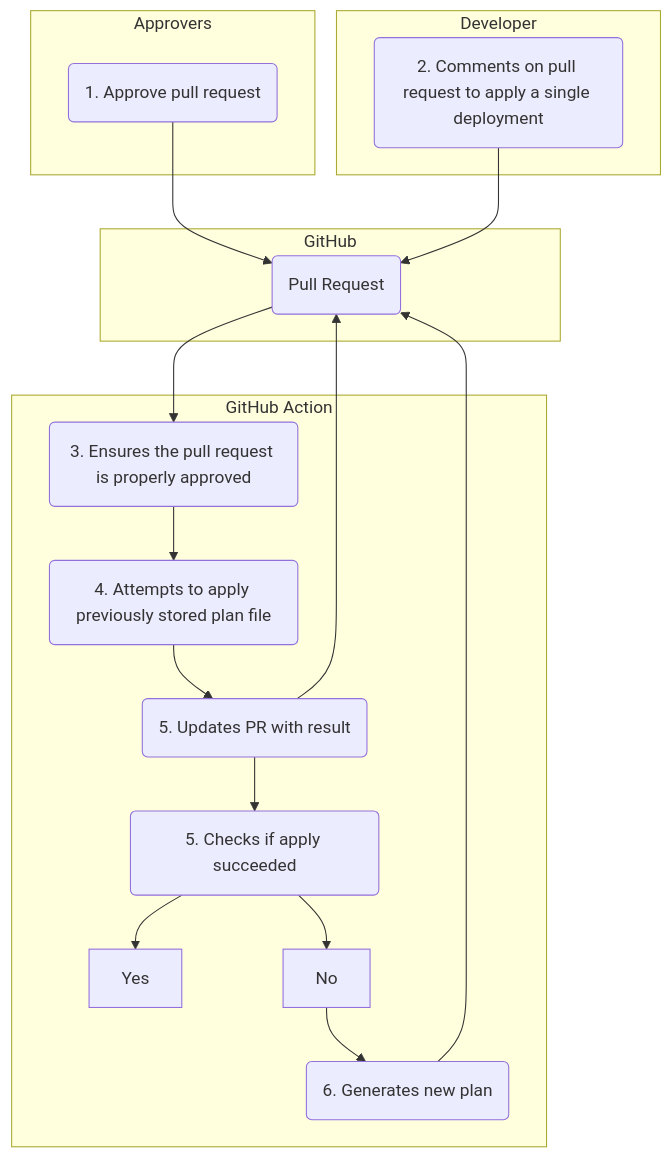
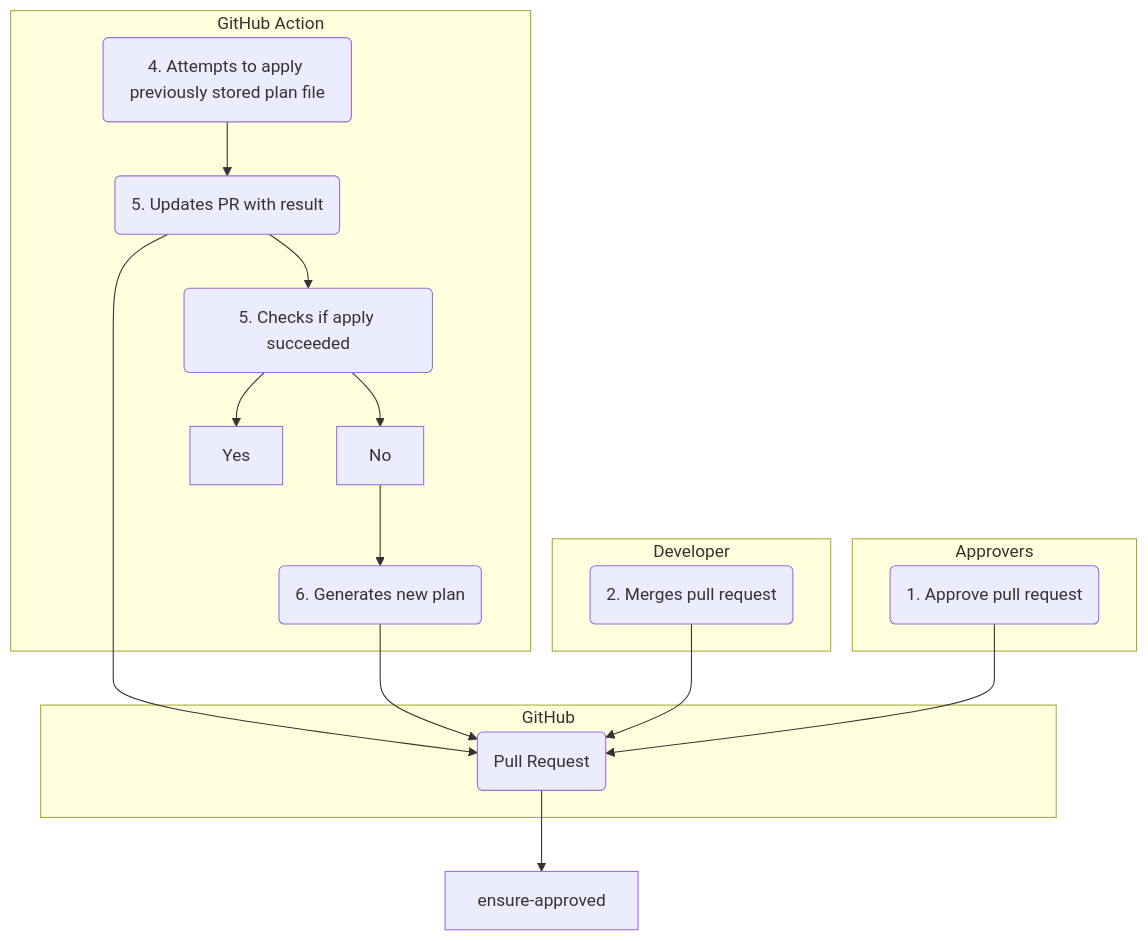
The second of 2 diagrams in README.md (yardbirdsax/action-terragrunt), drawn with Mermaid before and after one commit. The commit also changed other lines of this file and 3 other files, not shown here.

````diff
--- a/README.md
+++ b/README.md
@@ -61,24 +52,23 @@
 ```mermaid
 flowchart TD
   subgraph GitHub
     pr(Pull Request)
   end
   subgraph Approvers
     approve-pr(1. Approve pull request) --> pr
   end
   subgraph Developer
-    apply-comment(2. Comments on pull request to apply a single deployment) --> pr
+    merge-pr(2. Merges pull request) --> pr
   end
   pr --> ensure-approved
   subgraph GitHub Action
-    ensure-approved(3. Ensures the pull request is properly approved)
-    ensure-approved --> apply-dep(4. Attempts to apply previously stored plan file)
+    apply-dep(4. Attempts to apply previously stored plan file)
     apply-dep --> update-pr(5. Updates PR with result)
     update-pr --> pr
     update-pr --> check-success(5. Checks if apply succeeded)
     check-success --> Yes
     check-success --> No
     No --> gen-newplan(6. Generates new plan)
     gen-newplan --> pr
   end
 ```
````
